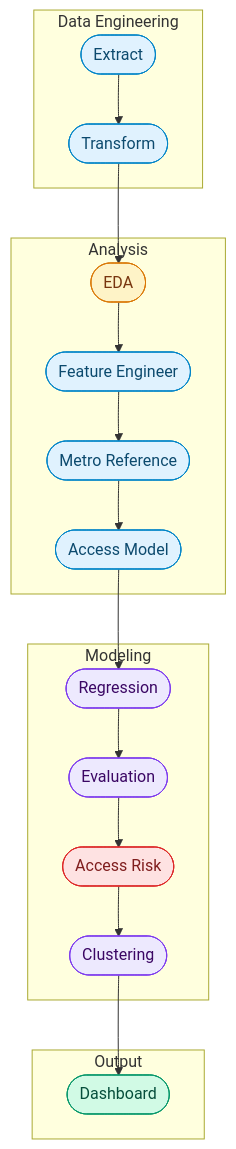
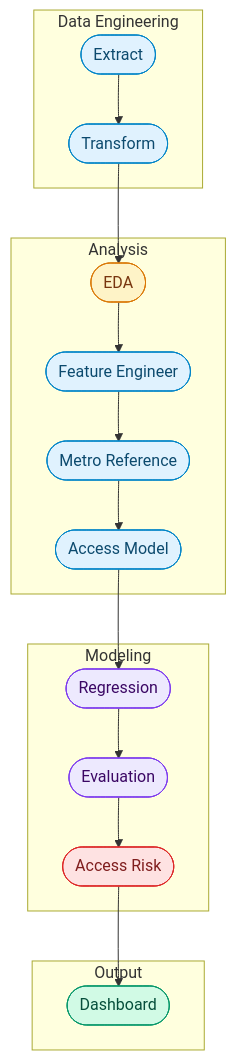
The diagram in README.md (kennethyeaher/inst737-final-project-kenneth-yeaher), drawn with Mermaid before and after one commit. The commit also changed other lines of this file and 1 other file, not shown here.

Commit message:
chore: remove empty clustering_model.py and all clustering references from README

````diff
--- a/README.md
+++ b/README.md
@@ -161,39 +158,38 @@
 ```mermaid
 flowchart TD
     subgraph ETL ["Data Engineering"]
         A([Extract]) --> B([Transform])
     end
 
     subgraph ANALYSIS ["Analysis"]
         C([EDA]) --> D([Feature Engineer])
         D --> E([Metro Reference])
         E --> F([Access Model])
     end
 
     subgraph MODELING ["Modeling"]
         G([Regression]) --> H([Evaluation])
         H --> I([Access Risk])
-        I --> J([Clustering])
     end
 
     subgraph OUTPUT ["Output"]
         K([Dashboard])
     end
 
     B --> C
     F --> G
-    J --> K
+    I --> K
 
     classDef etl fill:#e0f2fe,stroke:#0284c7,color:#0c4a6e
     classDef eda fill:#fef3c7,stroke:#d97706,color:#78350f
     classDef model fill:#ede9fe,stroke:#7c3aed,color:#3b0764
     classDef risk fill:#fee2e2,stroke:#dc2626,color:#7f1d1d
     classDef dash fill:#d1fae5,stroke:#059669,color:#064e3b
 
     class A,B etl
     class C eda
     class D,E,F etl
-    class G,H,J model
+    class G,H model
     class I risk
     class K dash
 ```
````
